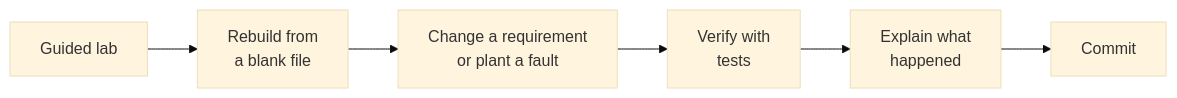
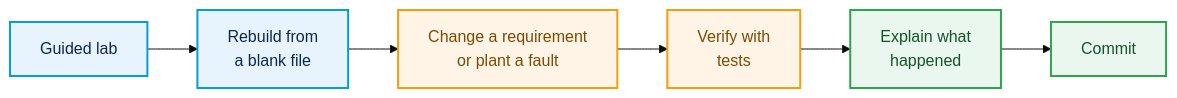
One commit to migyuelito/100-days-of-networking changed the diagram in README.md. Above: the diagram before and after it, drawn with Mermaid (base theme). The commit also changed other lines of this file and 1 other file, not shown here.

````diff
--- a/README.md
+++ b/README.md
@@ -31,4 +42,11 @@
 ```mermaid
 flowchart LR
     A[Guided lab] --> B[Rebuild from<br/>a blank file] --> C[Change a requirement<br/>or plant a fault] --> D[Verify with<br/>tests] --> E[Explain what<br/>happened] --> F[Commit]
+
+    classDef learn fill:#E8F4FD,stroke:#049FD9,stroke-width:2px,color:#0D274D
+    classDef test fill:#FFF4E5,stroke:#F59E0B,stroke-width:2px,color:#7C4A03
+    classDef ship fill:#EAF7EE,stroke:#2EA44F,stroke-width:2px,color:#14532D
+    class A,B learn
+    class C,D test
+    class E,F ship
 ```
````
